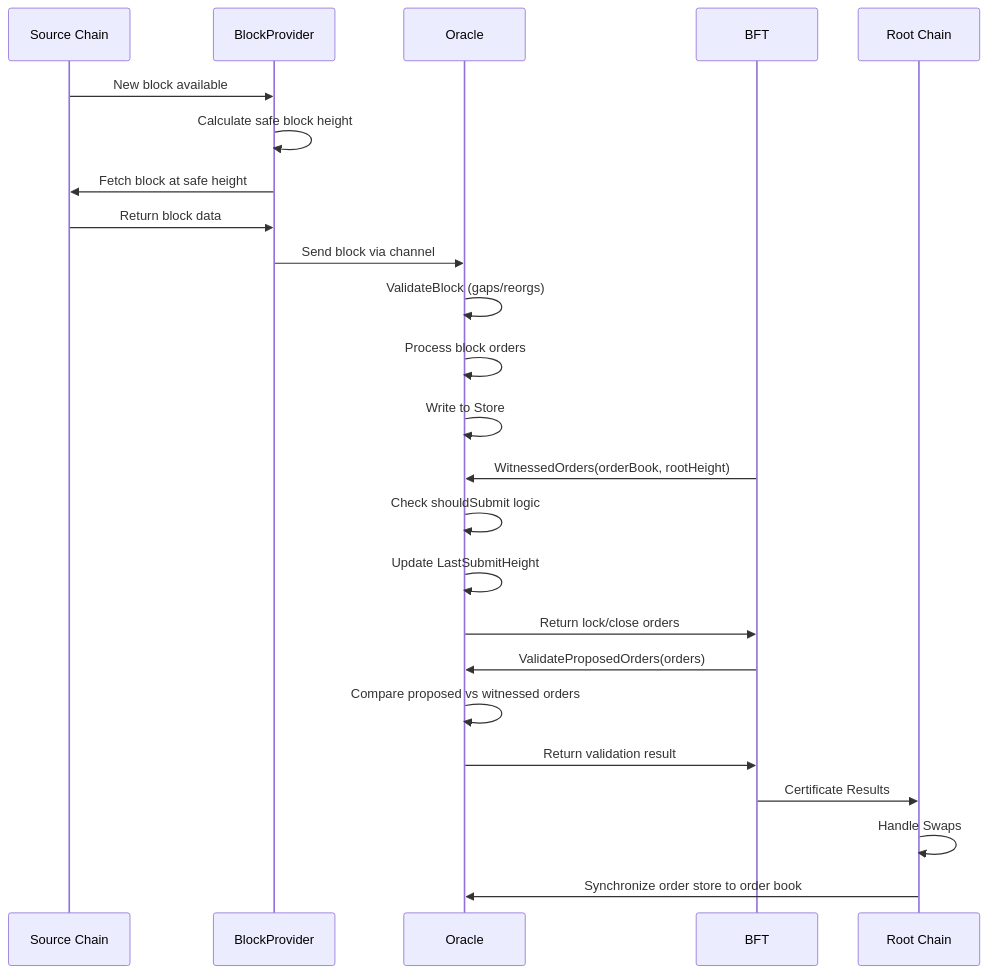
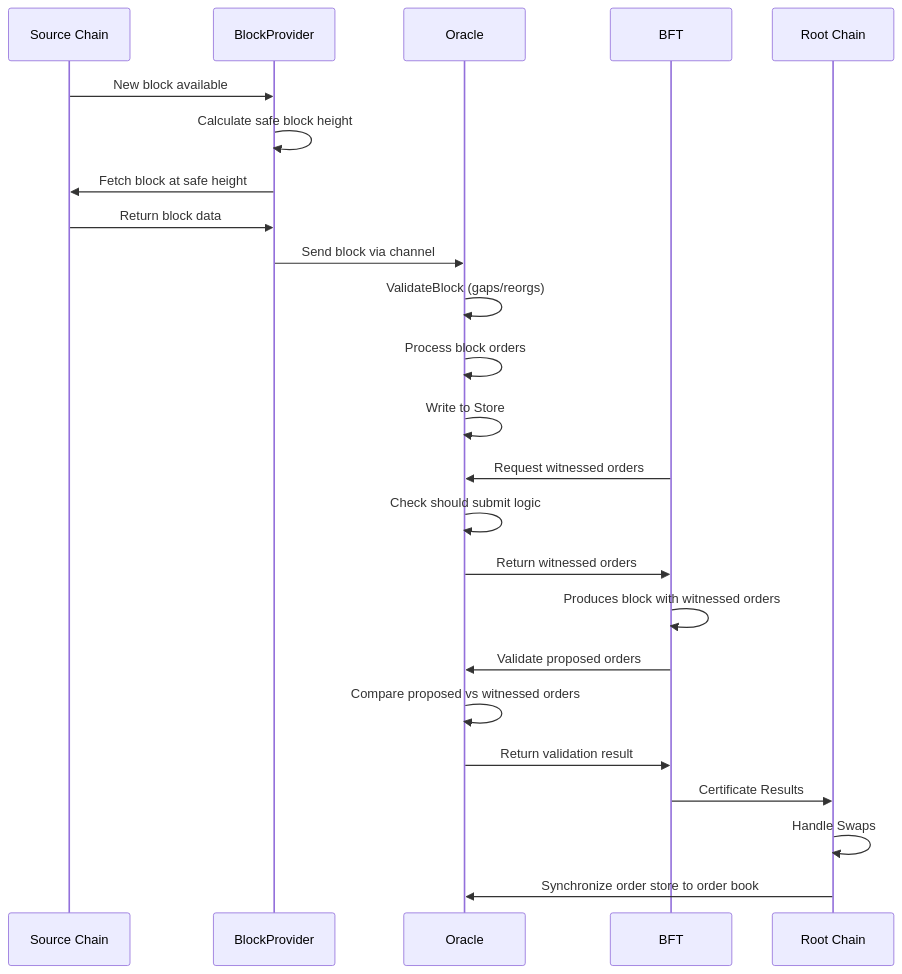
One commit to canopy-network/canopy changed the diagram in cmd/rpc/oracle/ORACLE_FLOW.md. Above: the diagram before and after it, drawn with Mermaid.

````diff
--- a/cmd/rpc/oracle/ORACLE_FLOW.md
+++ b/cmd/rpc/oracle/ORACLE_FLOW.md
@@ -9,36 +9,36 @@
 ```mermaid
 sequenceDiagram
     participant SC as Source Chain
     participant BP as BlockProvider
     participant O as Oracle
     participant BFT as BFT
     participant RC as Root Chain
 
     %% Block retrieval and processing
     SC->>BP: New block available
     BP->>BP: Calculate safe block height
     BP->>SC: Fetch block at safe height
     SC->>BP: Return block data
     BP->>O: Send block via channel
     
     %% Oracle block processing
     O->>O: ValidateBlock (gaps/reorgs)
     O->>O: Process block orders
     O->>O: Write to Store
     
     %% BFT consensus integration
-    BFT->>O: WitnessedOrders(orderBook, rootHeight)
-    O->>O: Check shouldSubmit logic
-    O->>O: Update LastSubmitHeight
-    O->>BFT: Return lock/close orders
+    BFT->>O: Request witnessed orders
+    O->>O: Check should submit logic
+    O->>BFT: Return witnessed orders
+    BFT->>BFT: Produces block with witnessed orders
     
     %% Block proposal validation
-    BFT->>O: ValidateProposedOrders(orders)
+    BFT->>O: Validate proposed orders
     O->>O: Compare proposed vs witnessed orders
     O->>BFT: Return validation result
     
     %% Root Chain interaction
     BFT->>RC: Certificate Results
     RC->>RC: Handle Swaps
     RC->>O: Synchronize order store to order book
 ```
````
